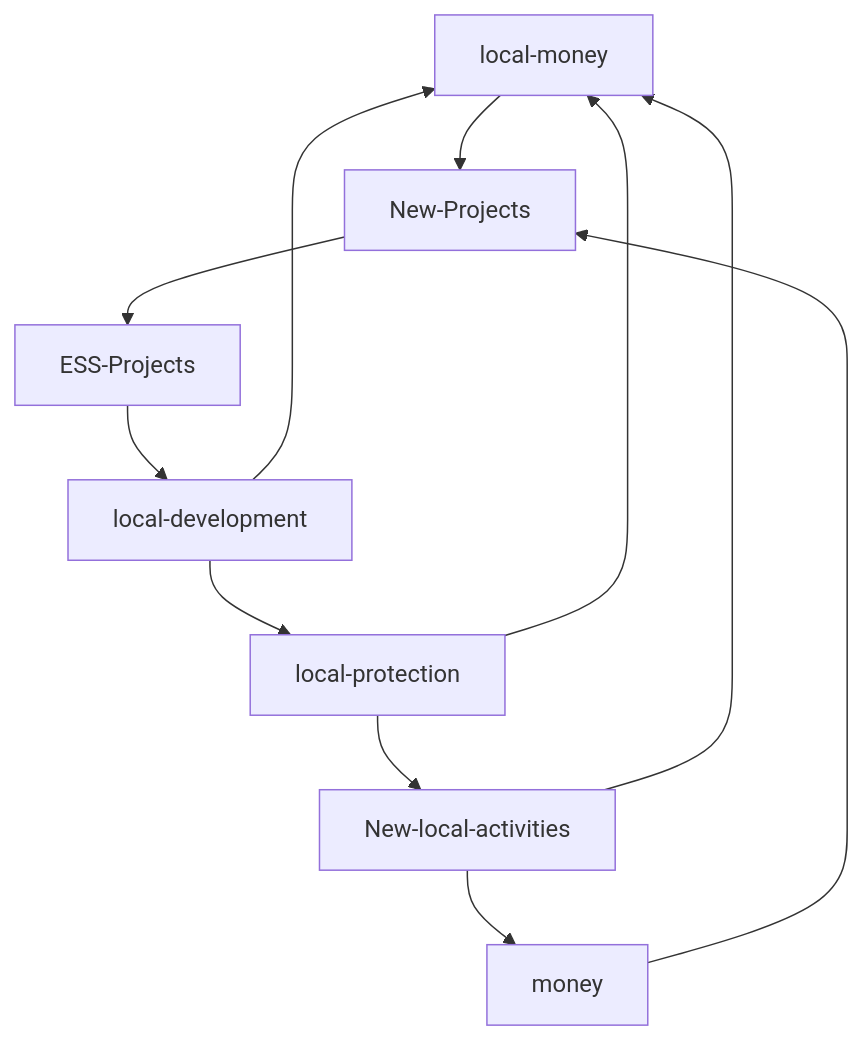
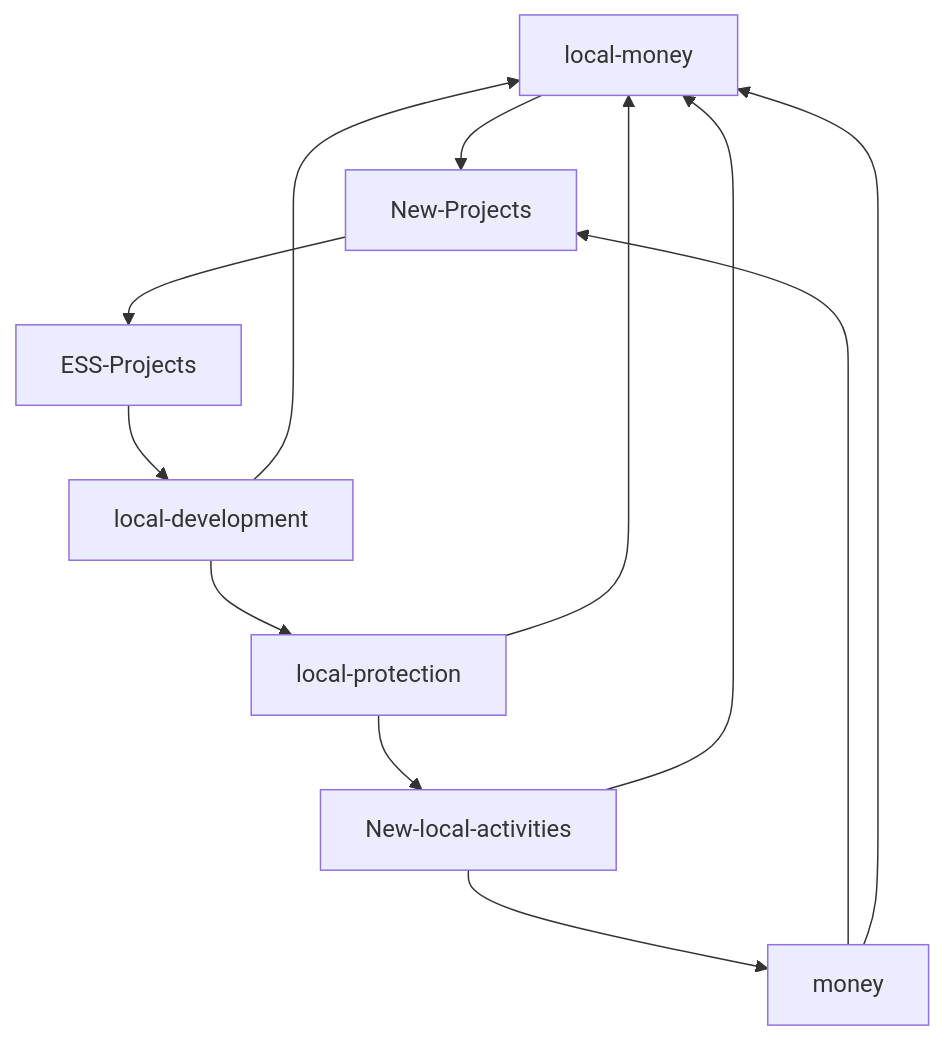
One commit to franckdun/franckdun changed the diagram in README.md. Above: the diagram before and after it, drawn with Mermaid.

````diff
--- a/README.md
+++ b/README.md
@@ -109,14 +109,15 @@
 ```mermaid
   graph TD;
        local-money-->New-Projects;
        ESS-Projects-->local-development;
        local-development-->local-protection;
        local-development-->local-money;
        local-protection-->New-local-activities;
        local-protection-->local-money;
        New-local-activities-->local-money;
        New-local-activities-->money;
        money-->New-Projects;
+       money-->local-money;
        New-Projects-->ESS-Projects;
 
 ```
````
